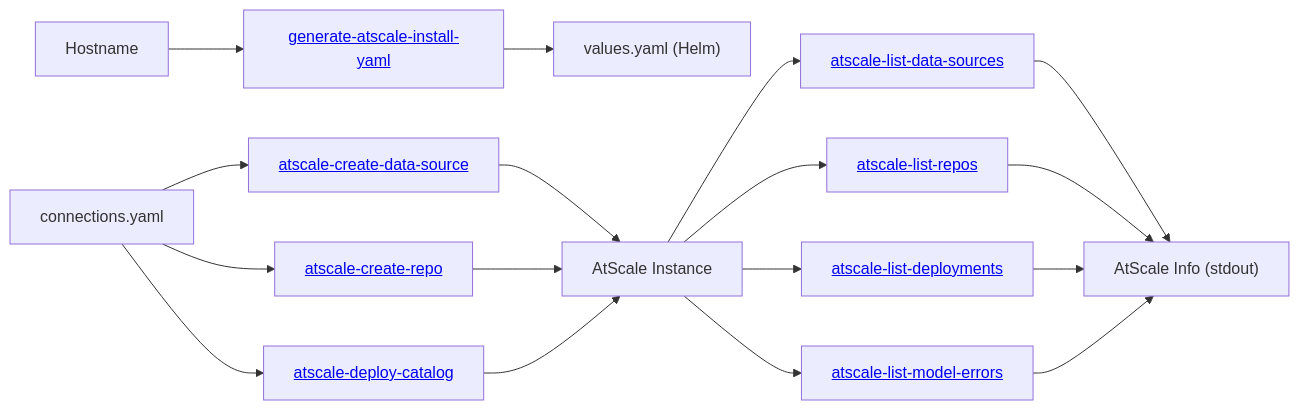
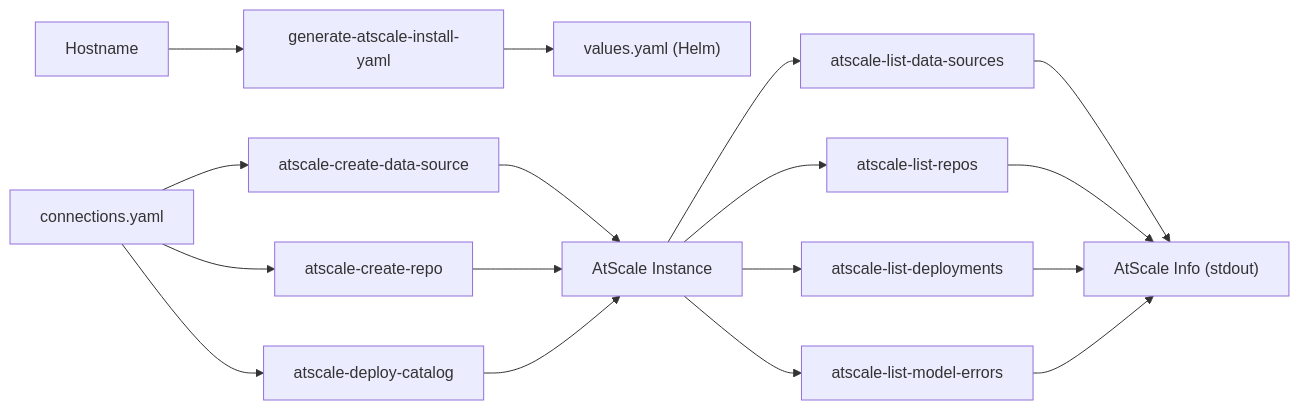
The eighth of 8 diagrams in README.md (AtScaleInc/ps-utils), drawn with Mermaid before and after one commit. The commit also changed other lines of this file and 1 other file, not shown here.

Commit message:
fix: remove HTML links from mermaid diagrams in README and ACTIONS documentation

````diff
--- a/README.md
+++ b/README.md
@@ -109,11 +109,11 @@
 ```mermaid
 flowchart LR
-    HOSTNAME["Hostname"] --> A["<a href='#generate-atscale-install-yaml'>generate-atscale-install-yaml</a>"] --> VALUES["values.yaml (Helm)"]
-    CONN["connections.yaml"] --> B["<a href='#atscale-create-data-source'>atscale-create-data-source</a>"] --> ATS["AtScale Instance"]
-    CONN --> C["<a href='#atscale-create-repo'>atscale-create-repo</a>"] --> ATS
-    CONN --> D["<a href='#atscale-deploy-catalog'>atscale-deploy-catalog</a>"] --> ATS
-    ATS --> E["<a href='#atscale-list-data-sources'>atscale-list-data-sources</a>"] --> INFO["AtScale Info (stdout)"]
-    ATS --> F["<a href='#atscale-list-repos'>atscale-list-repos</a>"] --> INFO
-    ATS --> G["<a href='#atscale-list-deployments'>atscale-list-deployments</a>"] --> INFO
-    ATS --> H["<a href='#atscale-list-model-errors'>atscale-list-model-errors</a>"] --> INFO
+    HOSTNAME["Hostname"] --> A["generate-atscale-install-yaml"] --> VALUES["values.yaml (Helm)"]
+    CONN["connections.yaml"] --> B["atscale-create-data-source"] --> ATS["AtScale Instance"]
+    CONN --> C["atscale-create-repo"] --> ATS
+    CONN --> D["atscale-deploy-catalog"] --> ATS
+    ATS --> E["atscale-list-data-sources"] --> INFO["AtScale Info (stdout)"]
+    ATS --> F["atscale-list-repos"] --> INFO
+    ATS --> G["atscale-list-deployments"] --> INFO
+    ATS --> H["atscale-list-model-errors"] --> INFO
 ```
````
